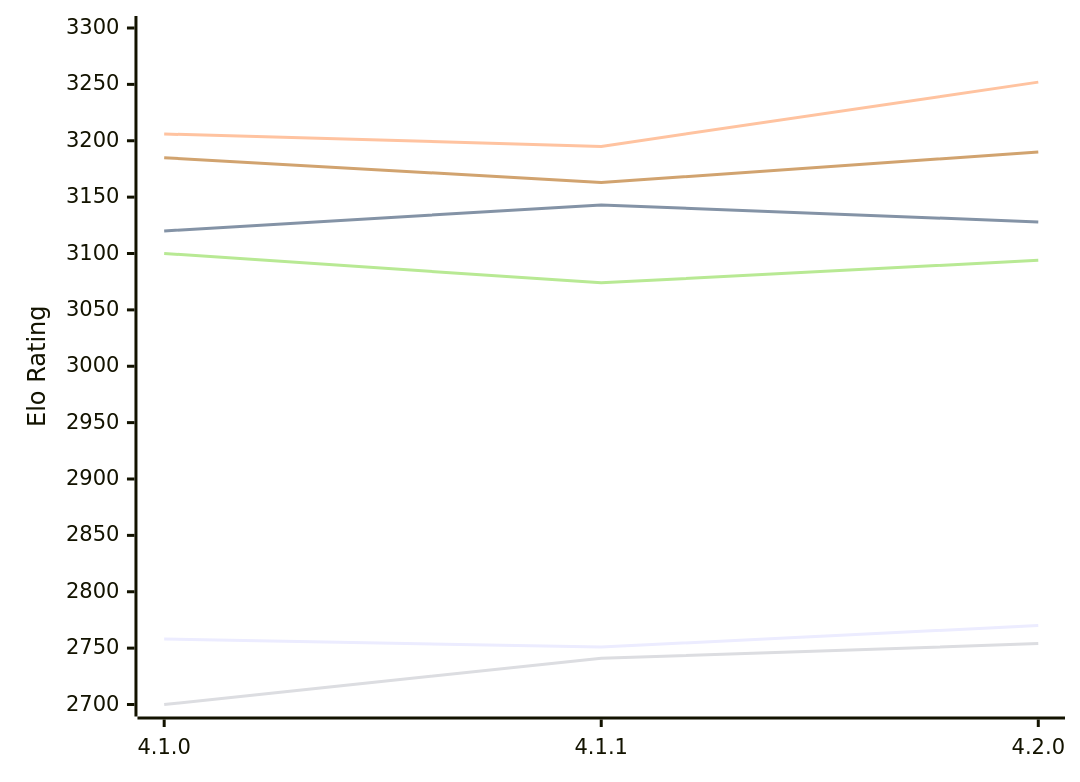
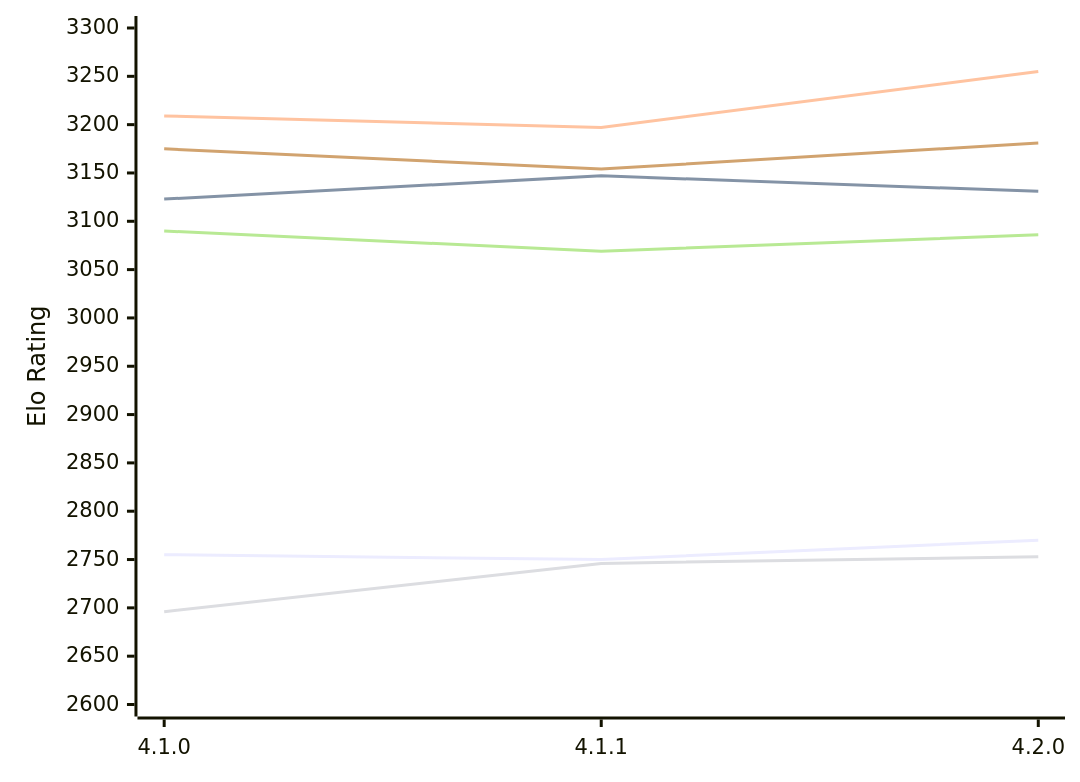
The diagram in engines/LunaChessEngine.md (computer-chess-index/cci), drawn with Mermaid before and after one commit. The commit also changed other lines of this file, not shown here.

Commit message:
Update CCI Ratings (ELO VLTC) - 2026-11-15

````diff
--- a/engines/LunaChessEngine.md
+++ b/engines/LunaChessEngine.md
@@ -51,12 +51,12 @@
 ```mermaid
 %%{init: {"theme":"base","themeVariables":{"seriesColors:['#a3a3a3','#222221','#faa371']}}}%%
 xychart-beta
   x-axis ["4.1.0", "4.1.1", "4.2.0"]
-  y-axis "Elo Rating" 2700 --> 3300
-  line "E1: STC (8.0+0.08s)" [2758, 2751, 2770]
-  line "E1: LTC (60.0+0.60s)" [3120, 3143, 3128]
-  line "E1: VLTC (2m24s+1.12s)" [3206, 3195, 3252]
-  line "P1: STC (8.0+0.08s)" [2700, 2741, 2754]
-  line "P1: LTC (60.0+0.60s)" [3100, 3074, 3094]
-  line "P1: VLTC (2m24s+1.12s)" [3185, 3163, 3190]
+  y-axis "Elo Rating" 2600 --> 3300
+  line "E1: STC (8.0+0.08s)" [2755, 2750, 2770]
+  line "E1: LTC (60.0+0.60s)" [3123, 3147, 3131]
+  line "E1: VLTC (2m24s+1.12s)" [3209, 3197, 3255]
+  line "P1: STC (8.0+0.08s)" [2696, 2746, 2753]
+  line "P1: LTC (60.0+0.60s)" [3090, 3069, 3086]
+  line "P1: VLTC (2m24s+1.12s)" [3175, 3154, 3181]
 ```
````
